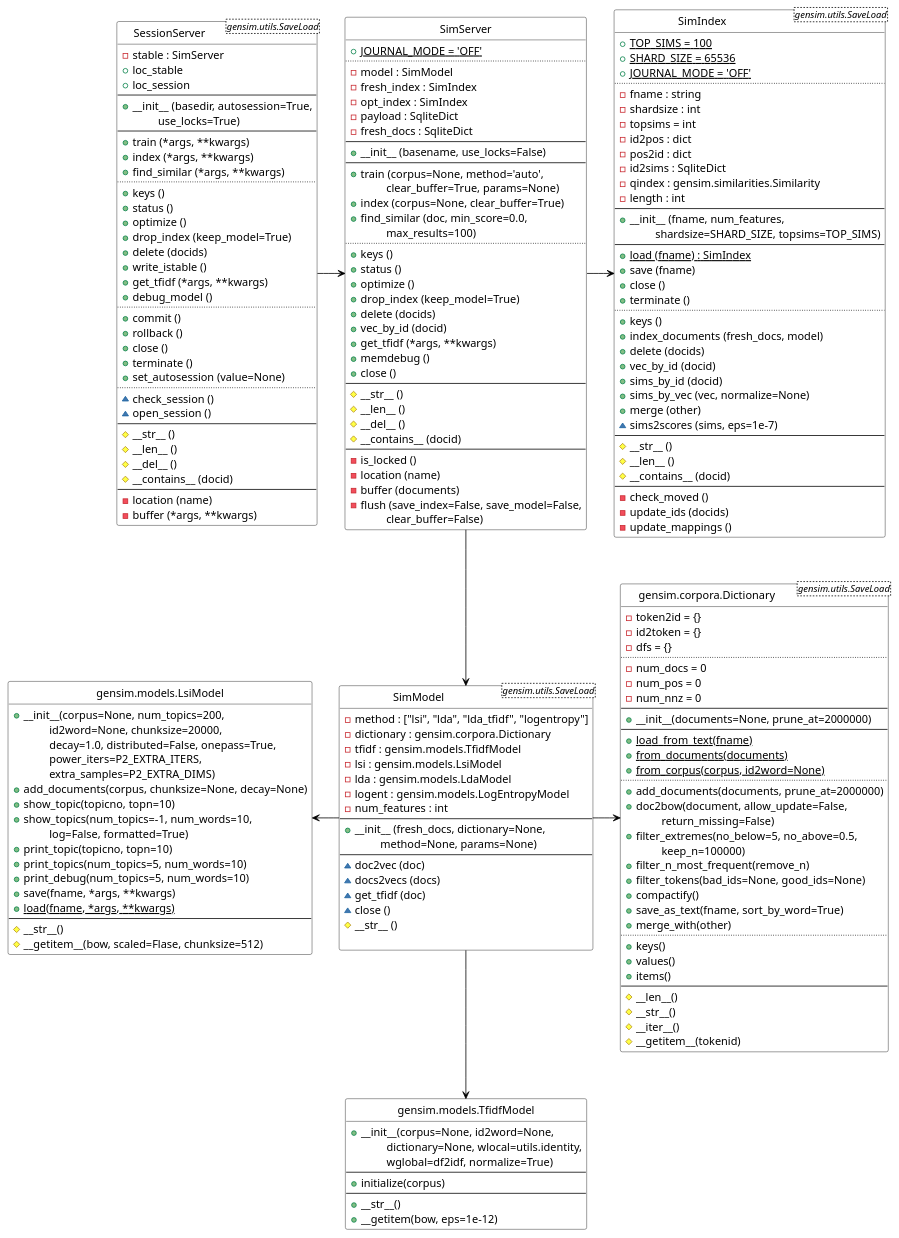
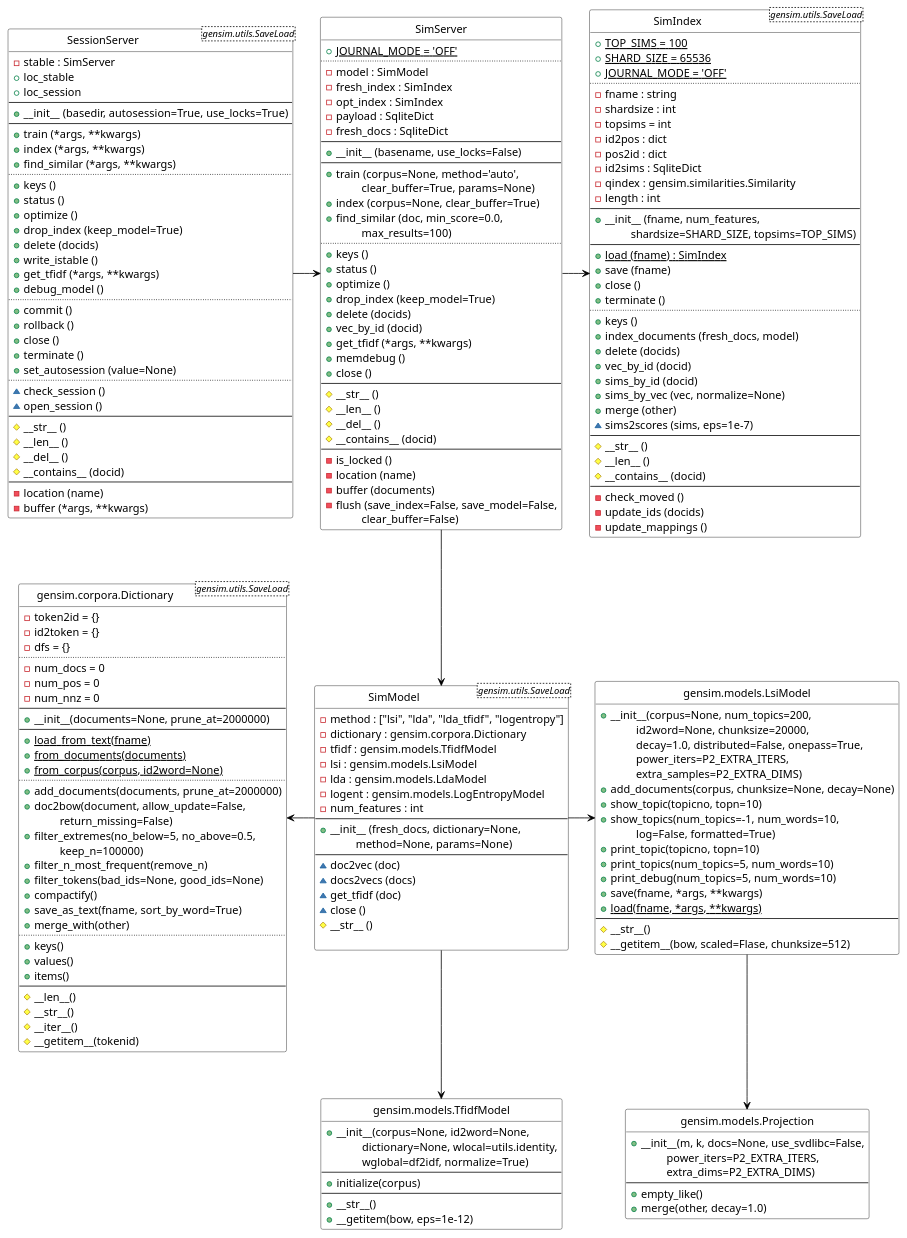
Before and after one commit to isleon/gensim-simserver: the diagram in docs/gensim-server.puml, drawn with PlantUML. The commit also changed 1 other file, not shown here.

```diff
--- a/docs/gensim-server.puml
+++ b/docs/gensim-server.puml
@@ -152,8 +152,7 @@
     +loc_stable
     +loc_session
     --
-    +__init__ (basedir, autosession=True, 
-        \t use_locks=True)
+    +__init__ (basedir, autosession=True, use_locks=True)
     --
     +train (*args, **kwargs)
     +index (*args, **kwargs)
@@ -217,14 +216,24 @@
     #__getitem__(bow, scaled=Flase, chunksize=512)
 }
 
-SessionServer --r-> SimServer
-SimServer --r-> SimIndex
+class Projection as "gensim.models.Projection" {
+    +__init__(m, k, docs=None, use_svdlibc=False, 
+        \t power_iters=P2_EXTRA_ITERS, 
+        \t extra_dims=P2_EXTRA_DIMS)
+    --
+    +empty_like()
+    +merge(other, decay=1.0)
+}
+
+SessionServer -r-> SimServer
+SimServer -r-> SimIndex
 SimServer -d-> SimModel
-SimModel -r-> Dictionary
+SimModel -l-> Dictionary
 SimModel -d-> TfidfModel
-SimModel -l-> LsiModel
+SimModel -r-> LsiModel
 'SimModel -l-> LdaModel
 'SimModel -l-> LogEntropyModel
+LsiModel -d-> Projection
 
 'SimIndex -u-|> gensim.utils.SaveLoad
 'SimModel -r-|> gensim.utils.SaveLoad
```
